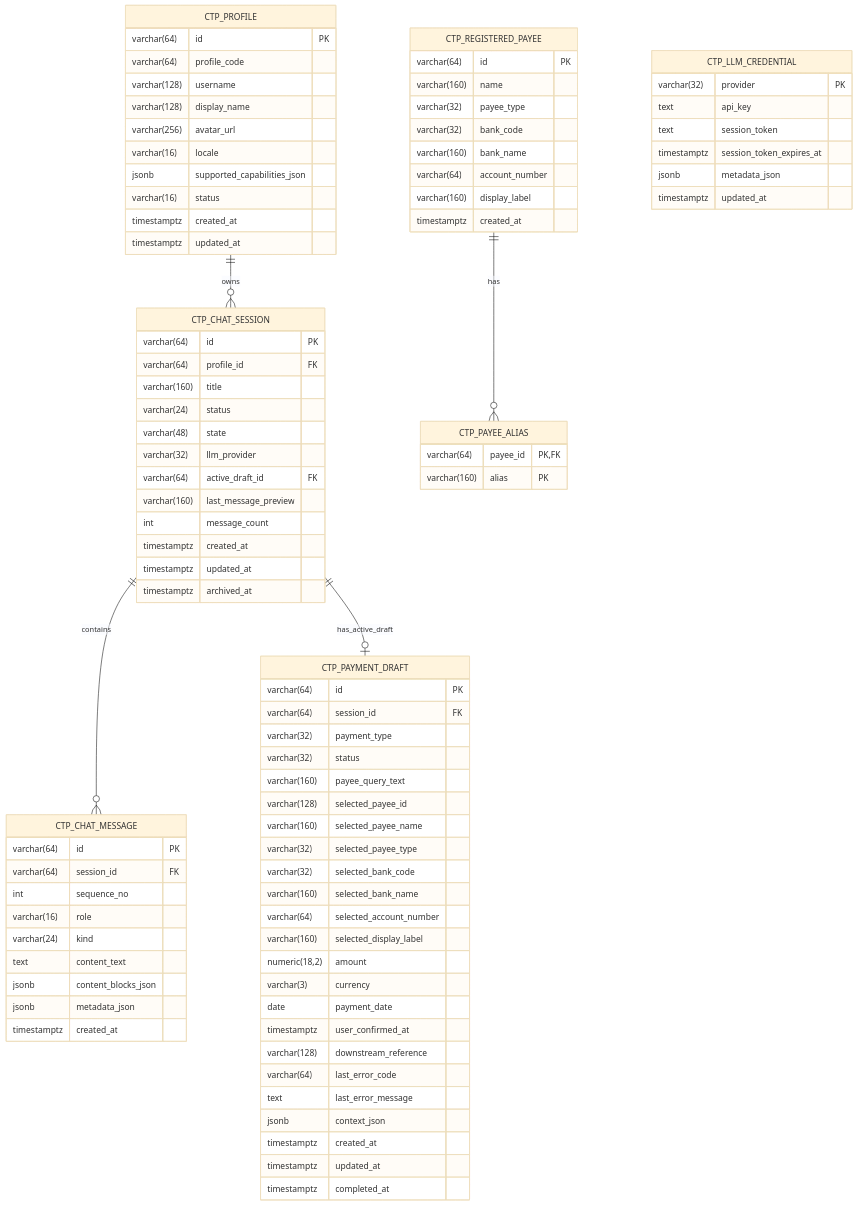
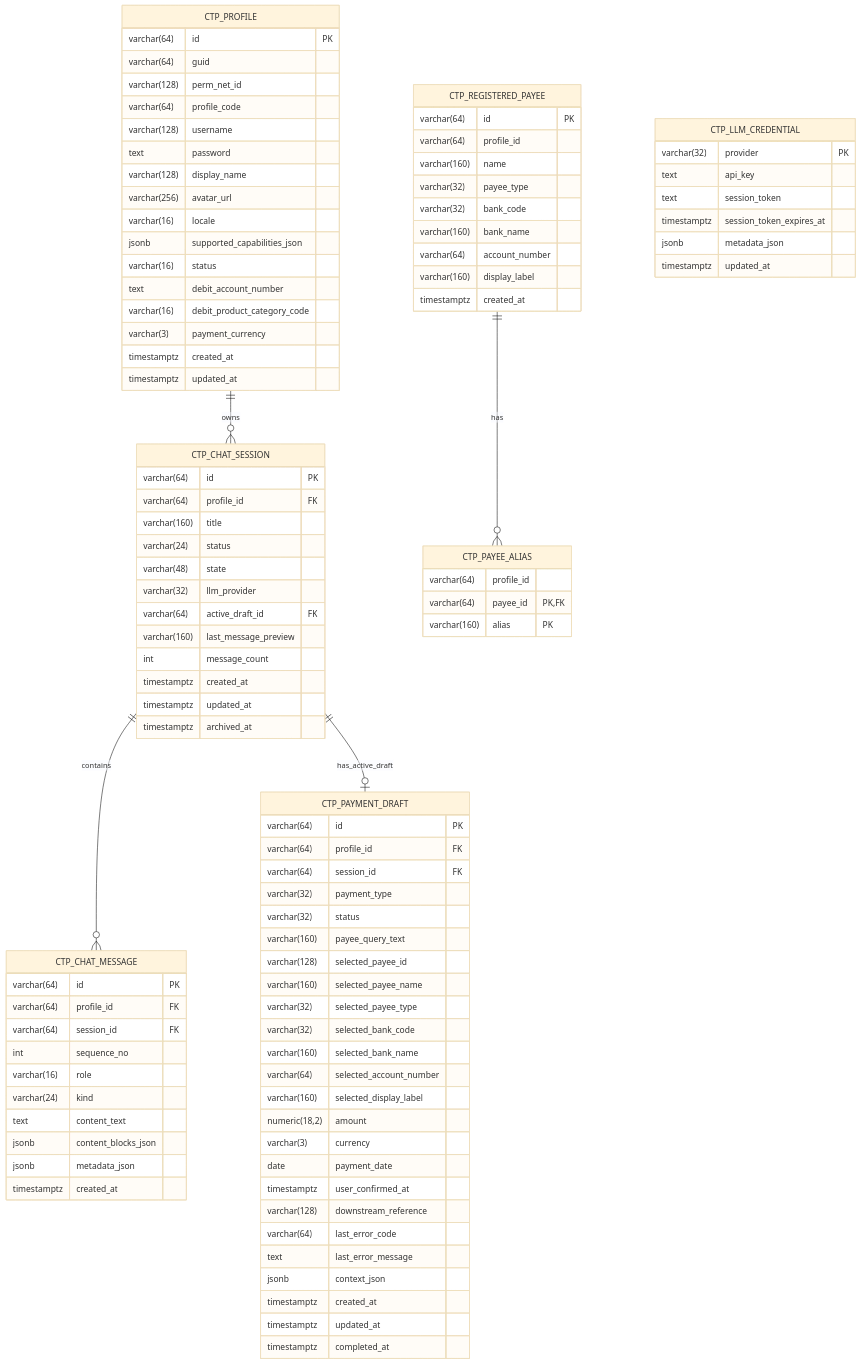
One commit to VictorZhong/chat2pay changed the diagram in docs/03-db_design.md. Above: the diagram before and after it, drawn with Mermaid (base theme). The commit also changed other lines of this file and 30 other files, not shown here.

```diff
--- a/docs/03-db_design.md
+++ b/docs/03-db_design.md
@@ -51,13 +51,19 @@
 
     CTP_PROFILE {
         varchar(64) id PK
+        varchar(64) guid
+        varchar(128) perm_net_id
         varchar(64) profile_code
         varchar(128) username
+        text password
         varchar(128) display_name
         varchar(256) avatar_url
         varchar(16) locale
         jsonb supported_capabilities_json
         varchar(16) status
+        text debit_account_number
+        varchar(16) debit_product_category_code
+        varchar(3) payment_currency
         timestamptz created_at
         timestamptz updated_at
     }
@@ -79,6 +85,7 @@
 
     CTP_CHAT_MESSAGE {
         varchar(64) id PK
+        varchar(64) profile_id FK
         varchar(64) session_id FK
         int sequence_no
         varchar(16) role
@@ -91,6 +98,7 @@
 
     CTP_PAYMENT_DRAFT {
         varchar(64) id PK
+        varchar(64) profile_id FK
         varchar(64) session_id FK
         varchar(32) payment_type
         varchar(32) status
@@ -117,6 +125,7 @@
 
     CTP_REGISTERED_PAYEE {
         varchar(64) id PK
+        varchar(64) profile_id
         varchar(160) name
         varchar(32) payee_type
         varchar(32) bank_code
@@ -127,6 +136,7 @@
     }
 
     CTP_PAYEE_ALIAS {
+        varchar(64) profile_id
         varchar(64) payee_id PK,FK
         varchar(160) alias PK
     }
```
